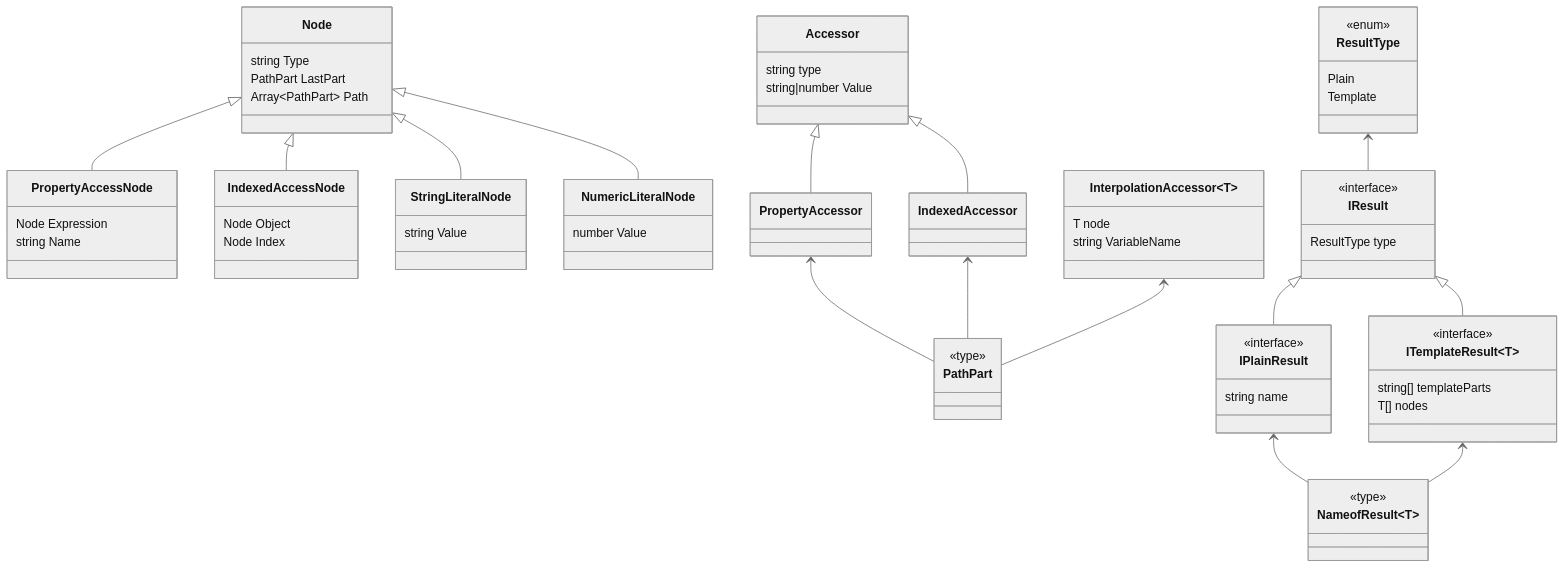
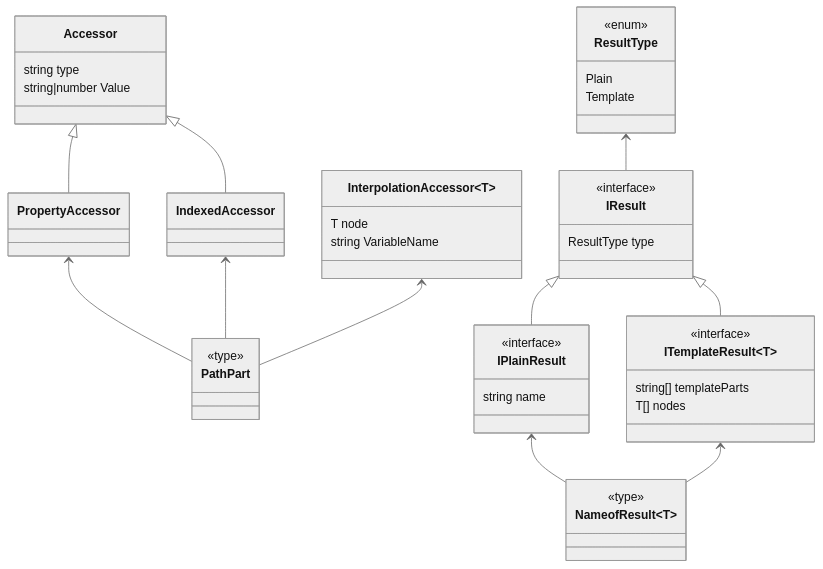
One commit to typescript-nameof/nameof changed the fourth of 4 diagrams in ClassDiagram.md. Above: the diagram before and after it, drawn with Mermaid (neutral theme).

Commit message:
Refactor diagram of inner workings

````diff
--- a/ClassDiagram.md
+++ b/ClassDiagram.md
@@ -107,29 +147,5 @@
 ```mermaid
 classDiagram
-    class Node {
-        string Type
-        PathPart LastPart
-        Array~PathPart~ Path
-    }
-
-    class PropertyAccessNode {
-        Node Expression
-        string Name
-    }
-
-    class IndexedAccessNode {
-        Node Object
-        Node Index
-    }
-
-    class StringLiteralNode {
-        string Value
-    }
-
-    class NumericLiteralNode {
-        number Value
-    }
-
     class PathPart {
         <<type>>
     }
@@ -176,11 +192,6 @@
         <<type>>
     }
 
-    Node <|-- IndexedAccessNode
-    Node <|-- PropertyAccessNode
-    Node <|-- StringLiteralNode
-    Node <|-- NumericLiteralNode
-
     Accessor <|-- PropertyAccessor
     Accessor <|-- IndexedAccessor
     PropertyAccessor <-- PathPart
````
